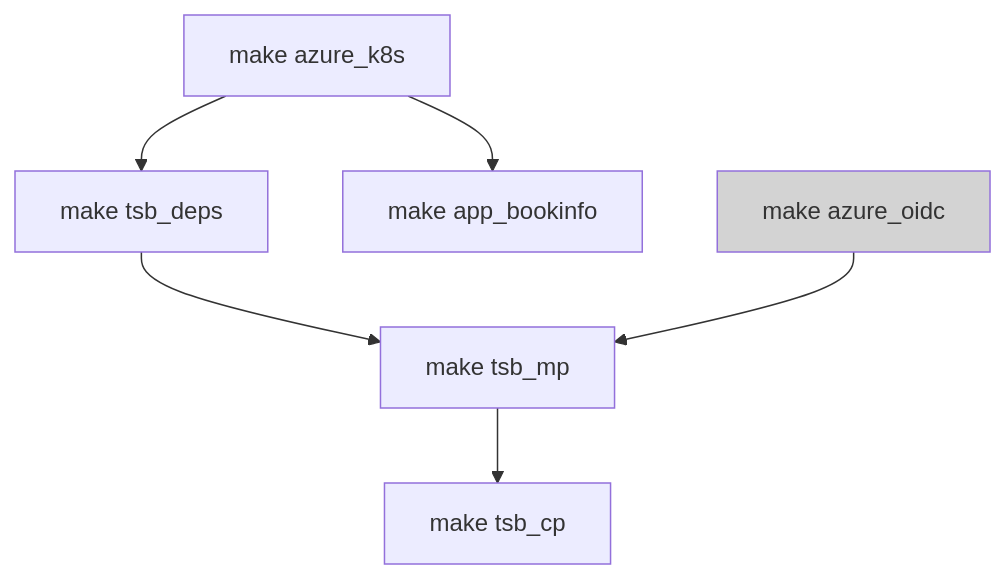
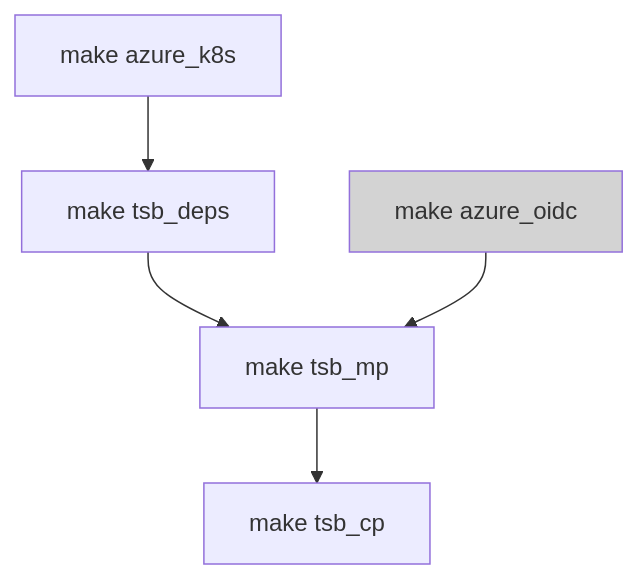
Before and after one commit to tetratelabs/tetrate-service-bridge-sandbox: the diagram in README.md, drawn with Mermaid. The commit also changed other lines of this file and 5 other files, not shown here.

````diff
--- a/README.md
+++ b/README.md
@@ -7,9 +7,8 @@
 ```mermaid
   graph TD;
       A[make azure_k8s] --> B[make tsb_deps]
-      A[make azure_k8s] --> Z[make app_bookinfo]
       B[make tsb_deps] --> C[make tsb_mp]
       Y[make azure_oidc] --> C[make tsb_mp]
       C[make tsb_mp] --> D[make tsb_cp]
       style Y fill:lightgrey
 ```
````
